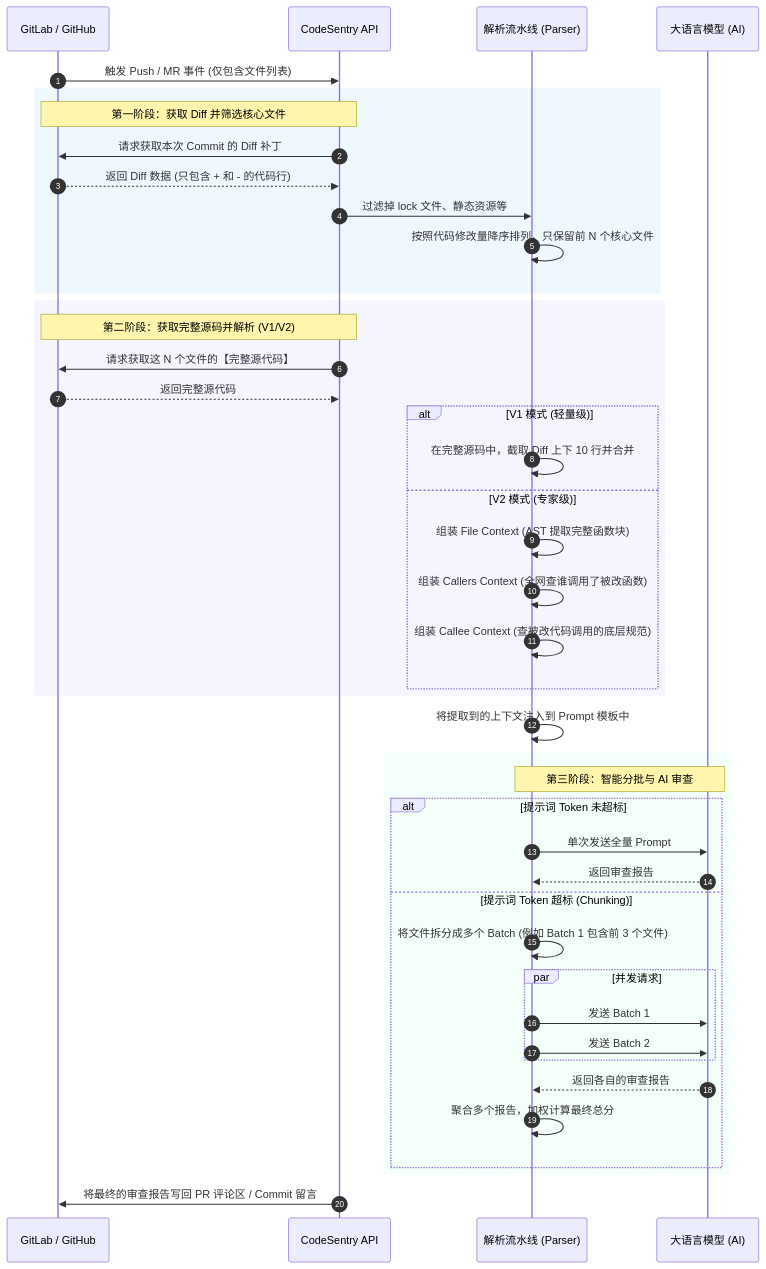
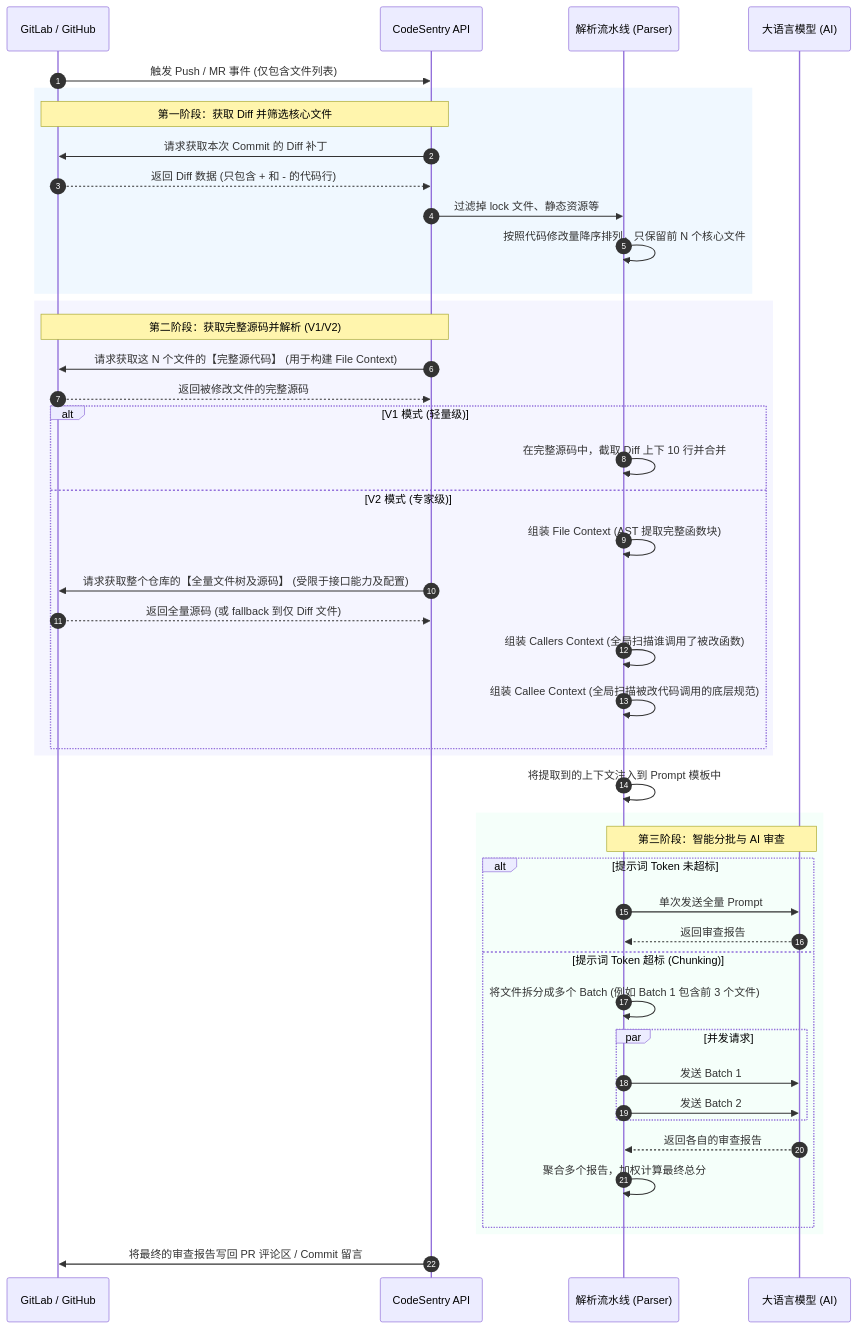
The diagram in README.md (Li71226006/code_review), drawn with Mermaid before and after one commit.

Commit message:
docs: clarify V2 RepoMap and global files fetch behavior in sequence diagram

````diff
--- a/README.md
+++ b/README.md
@@ -28,52 +28,54 @@
 ```mermaid
 sequenceDiagram
     autonumber
     participant Git as GitLab / GitHub
     participant Webhook as CodeSentry API
     participant Parser as 解析流水线 (Parser)
     participant LLM as 大语言模型 (AI)
 
     Git->>Webhook: 触发 Push / MR 事件 (仅包含文件列表)
     
     rect rgb(240, 248, 255)
         Note over Webhook, Git: 第一阶段：获取 Diff 并筛选核心文件
         Webhook->>Git: 请求获取本次 Commit 的 Diff 补丁
         Git-->>Webhook: 返回 Diff 数据 (只包含 + 和 - 的代码行)
         Webhook->>Parser: 过滤掉 lock 文件、静态资源等
         Parser->>Parser: 按照代码修改量降序排列，只保留前 N 个核心文件
     end
 
     rect rgb(245, 245, 255)
         Note over Webhook, Git: 第二阶段：获取完整源码并解析 (V1/V2)
-        Webhook->>Git: 请求获取这 N 个文件的【完整源代码】
-        Git-->>Webhook: 返回完整源代码
+        Webhook->>Git: 请求获取这 N 个文件的【完整源代码】 (用于构建 File Context)
+        Git-->>Webhook: 返回被修改文件的完整源码
         
         alt V1 模式 (轻量级)
             Parser->>Parser: 在完整源码中，截取 Diff 上下 10 行并合并
         else V2 模式 (专家级)
             Parser->>Parser: 组装 File Context (AST 提取完整函数块)
-            Parser->>Parser: 组装 Callers Context (全网查谁调用了被改函数)
-            Parser->>Parser: 组装 Callee Context (查被改代码调用的底层规范)
+            Webhook->>Git: 请求获取整个仓库的【全量文件树及源码】 (受限于接口能力及配置)
+            Git-->>Webhook: 返回全量源码 (或 fallback 到仅 Diff 文件)
+            Parser->>Parser: 组装 Callers Context (全局扫描谁调用了被改函数)
+            Parser->>Parser: 组装 Callee Context (全局扫描被改代码调用的底层规范)
         end
     end
 
     Parser->>Parser: 将提取到的上下文注入到 Prompt 模板中
 
     rect rgb(245, 255, 250)
         Note over Parser, LLM: 第三阶段：智能分批与 AI 审查
         alt 提示词 Token 未超标
             Parser->>LLM: 单次发送全量 Prompt
             LLM-->>Parser: 返回审查报告
         else 提示词 Token 超标 (Chunking)
             Parser->>Parser: 将文件拆分成多个 Batch (例如 Batch 1 包含前 3 个文件)
             par 并发请求
                 Parser->>LLM: 发送 Batch 1
                 Parser->>LLM: 发送 Batch 2
             end
             LLM-->>Parser: 返回各自的审查报告
             Parser->>Parser: 聚合多个报告，加权计算最终总分
         end
     end
 
     Webhook->>Git: 将最终的审查报告写回 PR 评论区 / Commit 留言
 ```
````
